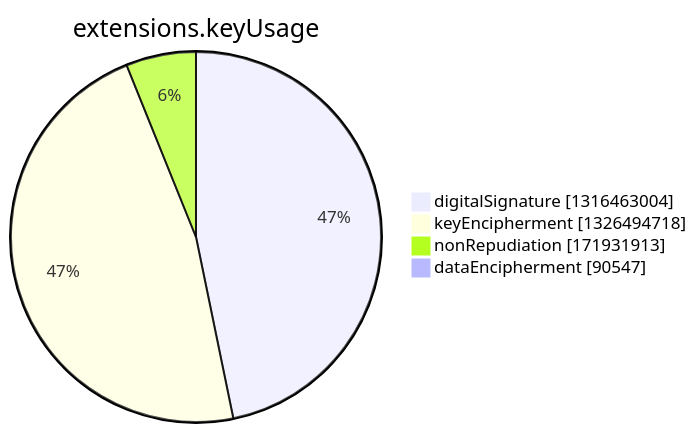
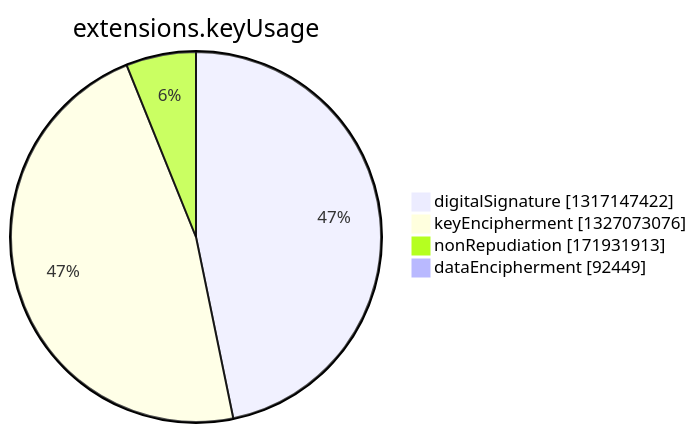
Before and after one commit to christiankrug/ctmonitor_visualization: the seventh of 15 diagrams in argon2022/README.md, drawn with Mermaid. The commit also changed other lines of this file, not shown here.

````diff
--- a/argon2022/README.md
+++ b/argon2022/README.md
@@ -2750,8 +2750,8 @@
 ```mermaid
 pie showData
 title extensions.keyUsage
-"digitalSignature" :1316463004
-"keyEncipherment" :1326494718
+"digitalSignature" :1317147422
+"keyEncipherment" :1327073076
 "nonRepudiation" :171931913
-"dataEncipherment" :90547
+"dataEncipherment" :92449
 ```
````
